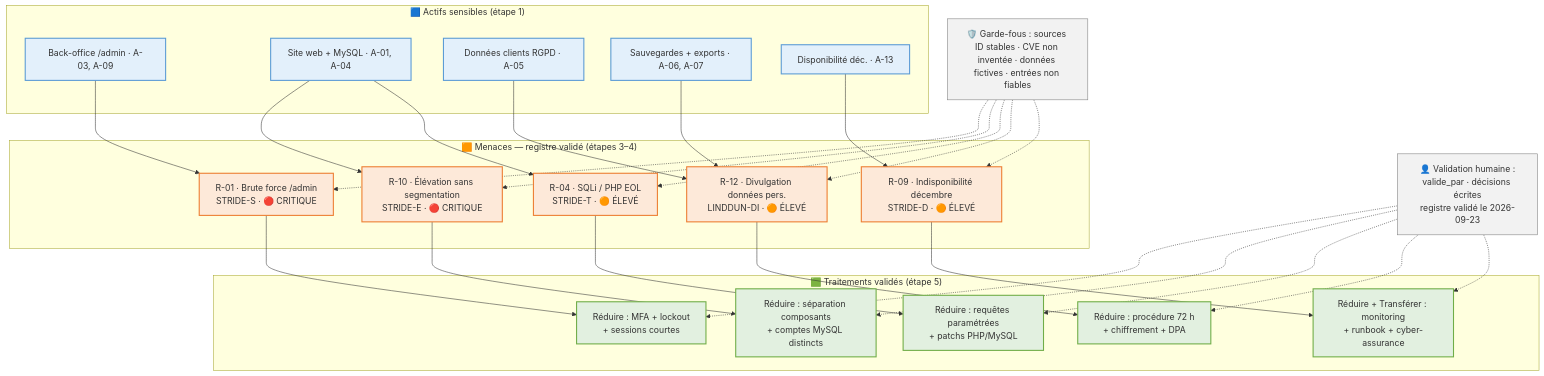
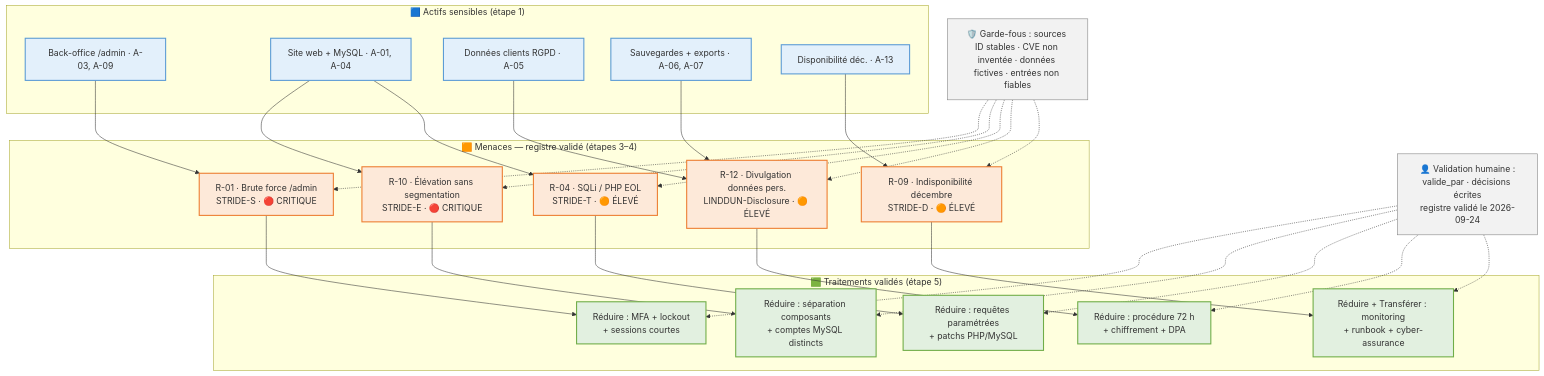
One commit to MelvinBzh/management_de_la_securite changed the diagram in analyses/2026-09-23_boutique-en-ligne/SYNTHESE.md. Above: the diagram before and after it, drawn with Mermaid. The commit also changed other lines of this file and 9 other files, not shown here.

````diff
--- a/analyses/2026-09-23_boutique-en-ligne/SYNTHESE.md
+++ b/analyses/2026-09-23_boutique-en-ligne/SYNTHESE.md
@@ -82,53 +84,53 @@
 ```mermaid
 flowchart TB
     subgraph ACT["🟦 Actifs sensibles (étape 1)"]
         A1["Back-office /admin · A-03, A-09"]
         A2["Site web + MySQL · A-01, A-04"]
         A3["Données clients RGPD · A-05"]
         A4["Sauvegardes + exports · A-06, A-07"]
         A5["Disponibilité déc. · A-13"]
     end
 
     subgraph MEN["🟧 Menaces — registre validé (étapes 3–4)"]
         M1["R-01 · Brute force /admin<br/>STRIDE-S · 🔴 CRITIQUE"]
         M2["R-10 · Élévation sans segmentation<br/>STRIDE-E · 🔴 CRITIQUE"]
         M3["R-04 · SQLi / PHP EOL<br/>STRIDE-T · 🟠 ÉLEVÉ"]
-        M4["R-12 · Divulgation données pers.<br/>LINDDUN-DI · 🟠 ÉLEVÉ"]
+        M4["R-12 · Divulgation données pers.<br/>LINDDUN-Disclosure · 🟠 ÉLEVÉ"]
         M5["R-09 · Indisponibilité décembre<br/>STRIDE-D · 🟠 ÉLEVÉ"]
     end
 
     subgraph TRA["🟩 Traitements validés (étape 5)"]
         T1["Réduire : MFA + lockout<br/>+ sessions courtes"]
         T2["Réduire : séparation composants<br/>+ comptes MySQL distincts"]
         T3["Réduire : requêtes paramétrées<br/>+ patchs PHP/MySQL"]
         T4["Réduire : procédure 72 h<br/>+ chiffrement + DPA"]
         T5["Réduire + Transférer : monitoring<br/>+ runbook + cyber-assurance"]
     end
 
     A1 --> M1 --> T1
     A2 --> M2 --> T2
     A2 --> M3 --> T3
     A3 --> M4 --> T4
     A4 --> M4
     A5 --> M5 --> T5
 
     GF["🛡️ Garde-fous : sources ID stables · CVE non inventée · données fictives · entrées non fiables"] -.-> M1
     GF -.-> M2
     GF -.-> M3
     GF -.-> M4
     GF -.-> M5
-    VAL["👤 Validation humaine :<br/>valide_par · décisions écrites<br/>registre validé le 2026-09-23"] -.-> T1
+    VAL["👤 Validation humaine :<br/>valide_par · décisions écrites<br/>registre validé le 2026-09-24"] -.-> T1
     VAL -.-> T2
     VAL -.-> T3
     VAL -.-> T4
     VAL -.-> T5
 
     classDef act fill:#e3f0fb,stroke:#5b9bd5,stroke-width:2px
     classDef men fill:#fde9d9,stroke:#ed7d31,stroke-width:2px
     classDef tra fill:#e2f0e0,stroke:#70ad47,stroke-width:2px
     classDef gf fill:#f2f2f2,stroke:#7f7f7f,stroke-width:1px
     class A1,A2,A3,A4,A5 act
     class M1,M2,M3,M4,M5 men
     class T1,T2,T3,T4,T5 tra
     class GF,VAL gf
 ```
````
